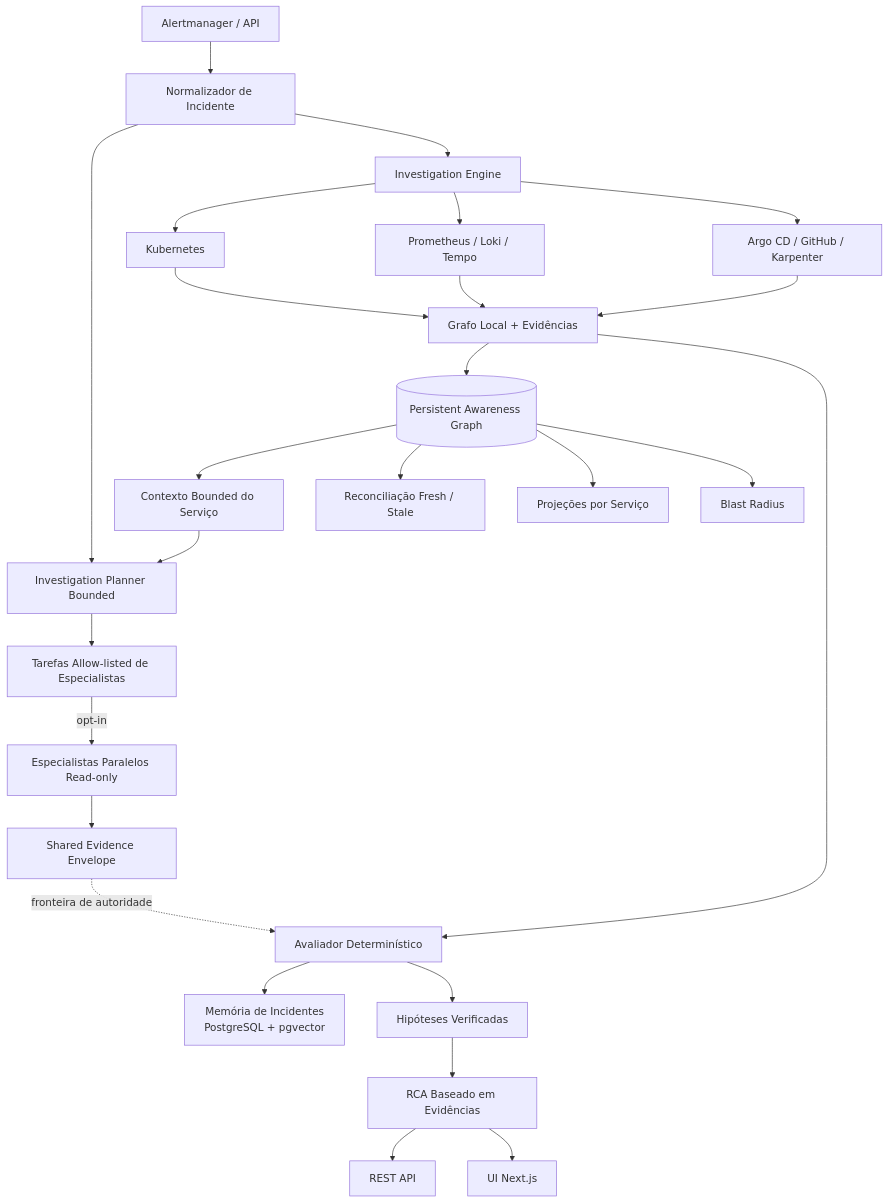
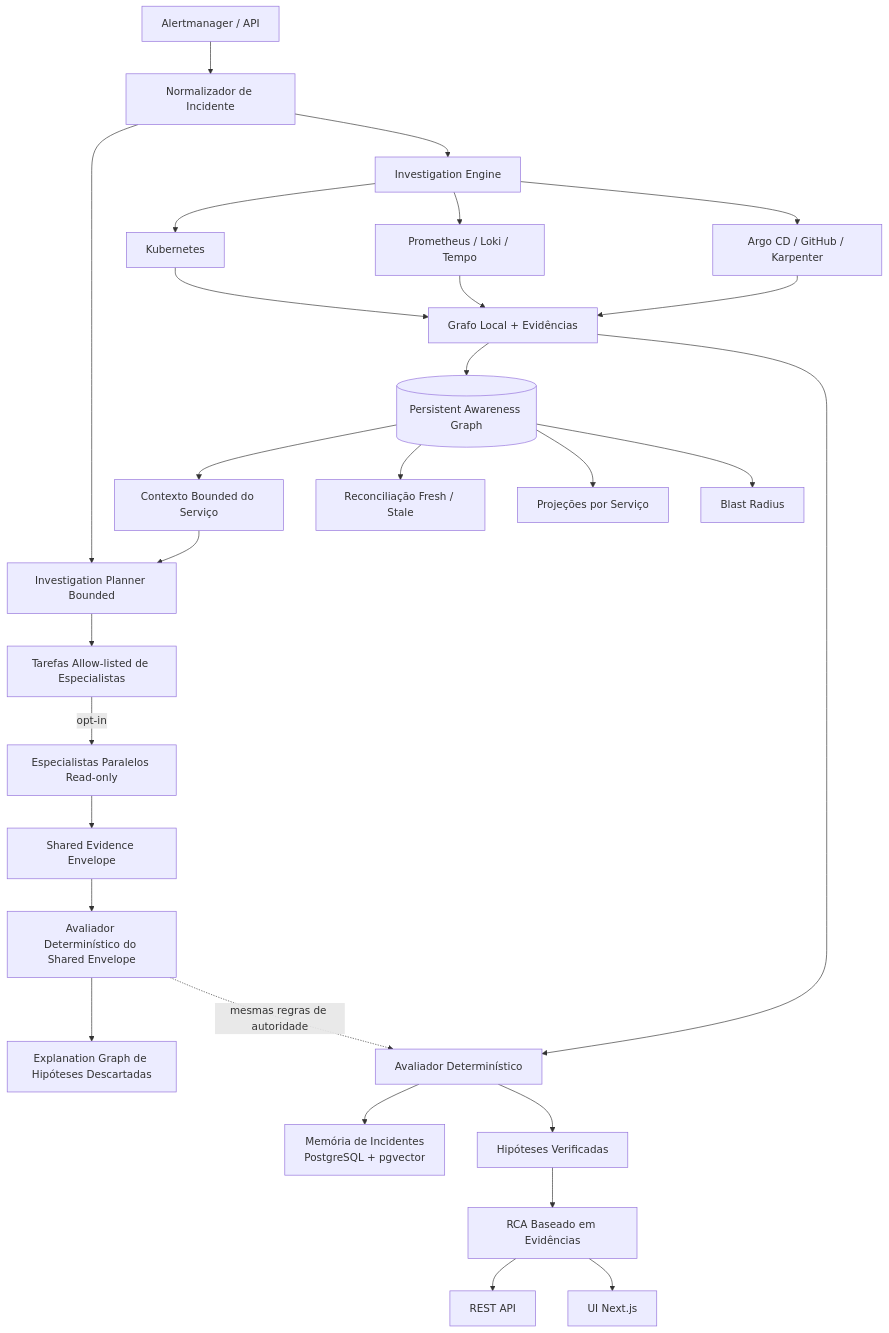
The first of 7 diagrams in README_PT-BR.md (marcocristofolini/ai-sre-rca), drawn with Mermaid before and after one commit. The commit also changed other lines of this file, not shown here.

````diff
--- a/README_PT-BR.md
+++ b/README_PT-BR.md
@@ -113,32 +116,34 @@
 ```mermaid
 flowchart TD
     A[Alertmanager / API] --> N[Normalizador de Incidente]
     N --> P[Investigation Planner Bounded]
     N --> E[Investigation Engine]
 
     G[(Persistent Awareness Graph)] --> C[Contexto Bounded do Serviço]
     C --> P
     P --> T[Tarefas Allow-listed de Especialistas]
     T -->|opt-in| X[Especialistas Paralelos Read-only]
     X --> SE[Shared Evidence Envelope]
+    SE --> V[Avaliador Determinístico do Shared Envelope]
+    V --> EG[Explanation Graph de Hipóteses Descartadas]
 
     E --> K[Kubernetes]
     E --> O[Prometheus / Loki / Tempo]
     E --> CH[Argo CD / GitHub / Karpenter]
     K --> L[Grafo Local + Evidências]
     O --> L
     CH --> L
 
     L --> G
     G --> R[Reconciliação Fresh / Stale]
     G --> S[Projeções por Serviço]
     G --> B[Blast Radius]
 
     L --> D[Avaliador Determinístico]
-    SE -. fronteira de autoridade .-> D
+    V -. mesmas regras de autoridade .-> D
     D --> M[Memória de Incidentes<br/>PostgreSQL + pgvector]
     D --> H[Hipóteses Verificadas]
     H --> RCA[RCA Baseado em Evidências]
     RCA --> API[REST API]
     RCA --> UI[UI Next.js]
 ```
````
